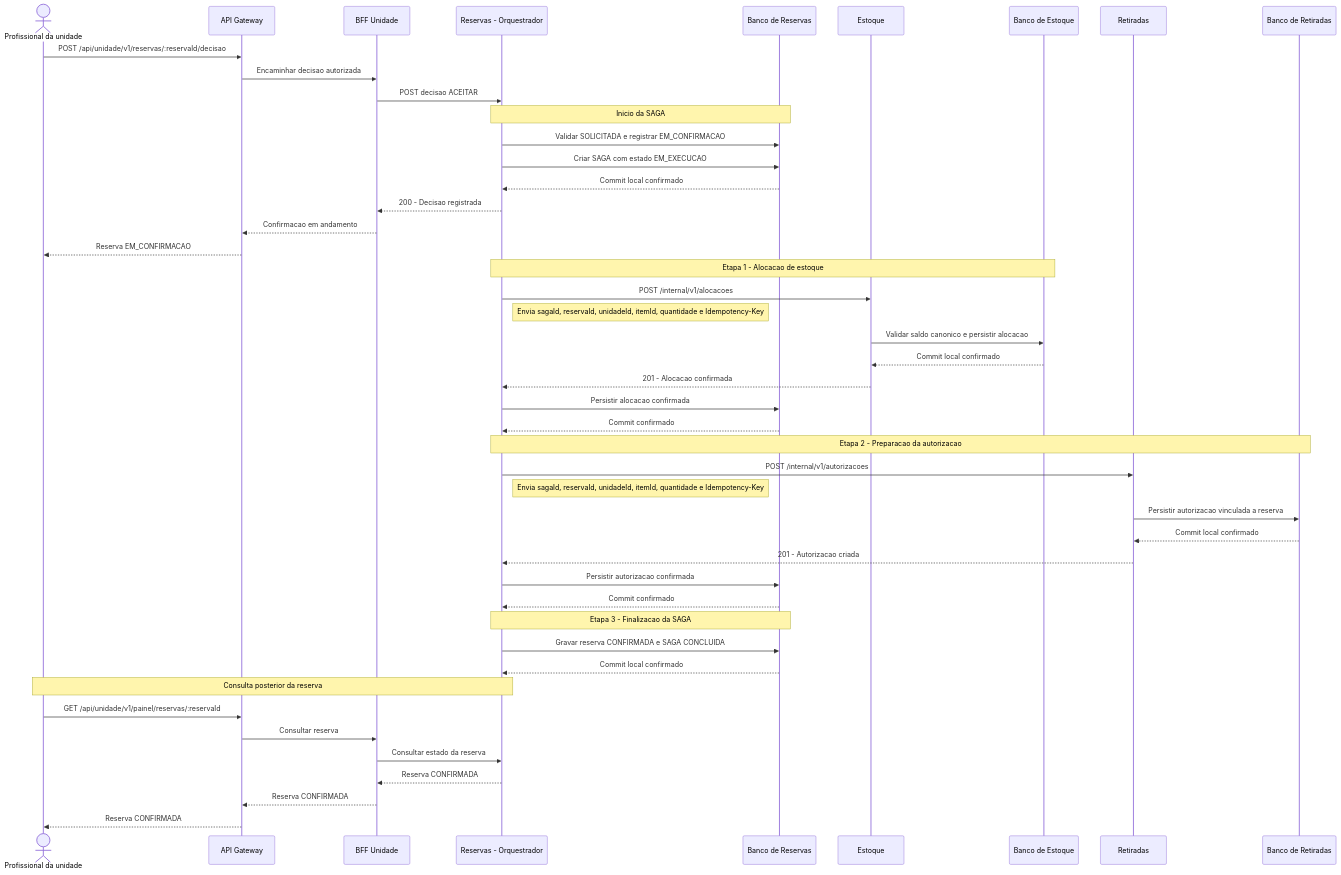
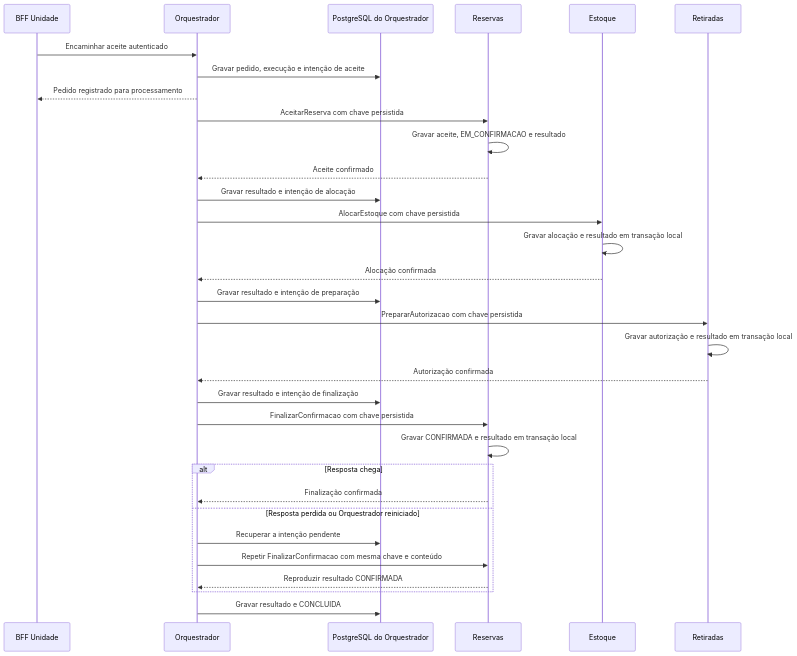
Before and after one commit to ArthurDp78/GlicoAcesso: the diagram in docs/parte-2/diagramas/saga-caminho-feliz.md, drawn with Mermaid. The commit also changed other lines of this file and 8 other files, not shown here.

````diff
--- a/docs/parte-2/diagramas/saga-caminho-feliz.md
+++ b/docs/parte-2/diagramas/saga-caminho-feliz.md
@@ -12,55 +7,34 @@
 ```mermaid
 sequenceDiagram
-    actor P as Profissional da unidade
-    participant G as API Gateway
     participant B as BFF Unidade
-    participant R as Reservas - Orquestrador
-    participant DBR as Banco de Reservas
+    participant O as Orquestrador
+    participant DB as PostgreSQL do Orquestrador
+    participant R as Reservas
     participant E as Estoque
-    participant DBE as Banco de Estoque
     participant T as Retiradas
-    participant DBT as Banco de Retiradas
-
-    P->>G: POST /api/unidade/v1/reservas/:reservaId/decisao
-    G->>B: Encaminhar decisao autorizada
-    B->>R: POST decisao ACEITAR
-
-    Note over R,DBR: Inicio da SAGA
-    R->>DBR: Validar SOLICITADA e registrar EM_CONFIRMACAO
-    R->>DBR: Criar SAGA com estado EM_EXECUCAO
-    DBR-->>R: Commit local confirmado
-
-    R-->>B: 200 - Decisao registrada
-    B-->>G: Confirmacao em andamento
-    G-->>P: Reserva EM_CONFIRMACAO
-
-    Note over R,DBE: Etapa 1 - Alocacao de estoque
-    R->>E: POST /internal/v1/alocacoes
-    Note right of R: Envia sagaId, reservaId, unidadeId, itemId, quantidade e Idempotency-Key
-    E->>DBE: Validar saldo canonico e persistir alocacao
-    DBE-->>E: Commit local confirmado
-    E-->>R: 201 - Alocacao confirmada
-    R->>DBR: Persistir alocacao confirmada
-    DBR-->>R: Commit confirmado
-
-    Note over R,DBT: Etapa 2 - Preparacao da autorizacao
-    R->>T: POST /internal/v1/autorizacoes
-    Note right of R: Envia sagaId, reservaId, unidadeId, itemId, quantidade e Idempotency-Key
-    T->>DBT: Persistir autorizacao vinculada a reserva
-    DBT-->>T: Commit local confirmado
-    T-->>R: 201 - Autorizacao criada
-    R->>DBR: Persistir autorizacao confirmada
-    DBR-->>R: Commit confirmado
-
-    Note over R,DBR: Etapa 3 - Finalizacao da SAGA
-    R->>DBR: Gravar reserva CONFIRMADA e SAGA CONCLUIDA
-    DBR-->>R: Commit local confirmado
-
-    Note over P,R: Consulta posterior da reserva
-    P->>G: GET /api/unidade/v1/painel/reservas/:reservaId
-    G->>B: Consultar reserva
-    B->>R: Consultar estado da reserva
-    R-->>B: Reserva CONFIRMADA
-    B-->>G: Reserva CONFIRMADA
-    G-->>P: Reserva CONFIRMADA
+    B->>O: Encaminhar aceite autenticado
+    O->>DB: Gravar pedido, execução e intenção de aceite
+    O-->>B: Pedido registrado para processamento
+    O->>R: AceitarReserva com chave persistida
+    R->>R: Gravar aceite, EM_CONFIRMACAO e resultado
+    R-->>O: Aceite confirmado
+    O->>DB: Gravar resultado e intenção de alocação
+    O->>E: AlocarEstoque com chave persistida
+    E->>E: Gravar alocação e resultado em transação local
+    E-->>O: Alocação confirmada
+    O->>DB: Gravar resultado e intenção de preparação
+    O->>T: PrepararAutorizacao com chave persistida
+    T->>T: Gravar autorização e resultado em transação local
+    T-->>O: Autorização confirmada
+    O->>DB: Gravar resultado e intenção de finalização
+    O->>R: FinalizarConfirmacao com chave persistida
+    R->>R: Gravar CONFIRMADA e resultado em transação local
+    alt Resposta chega
+        R-->>O: Finalização confirmada
+    else Resposta perdida ou Orquestrador reiniciado
+        O->>DB: Recuperar a intenção pendente
+        O->>R: Repetir FinalizarConfirmacao com mesma chave e conteúdo
+        R-->>O: Reproduzir resultado CONFIRMADA
+    end
+    O->>DB: Gravar resultado e CONCLUIDA
 ```
````
